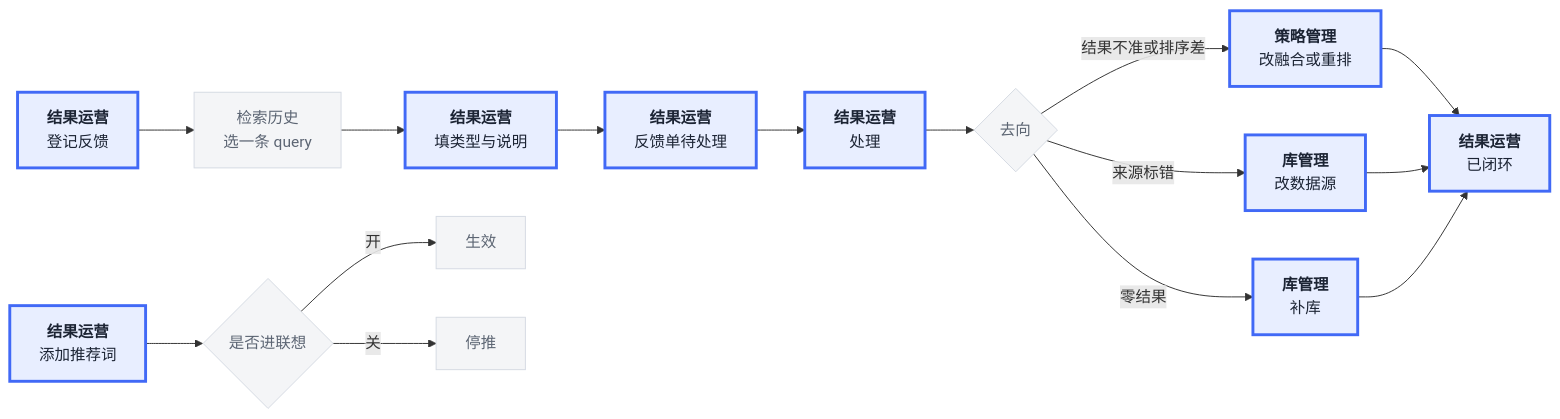
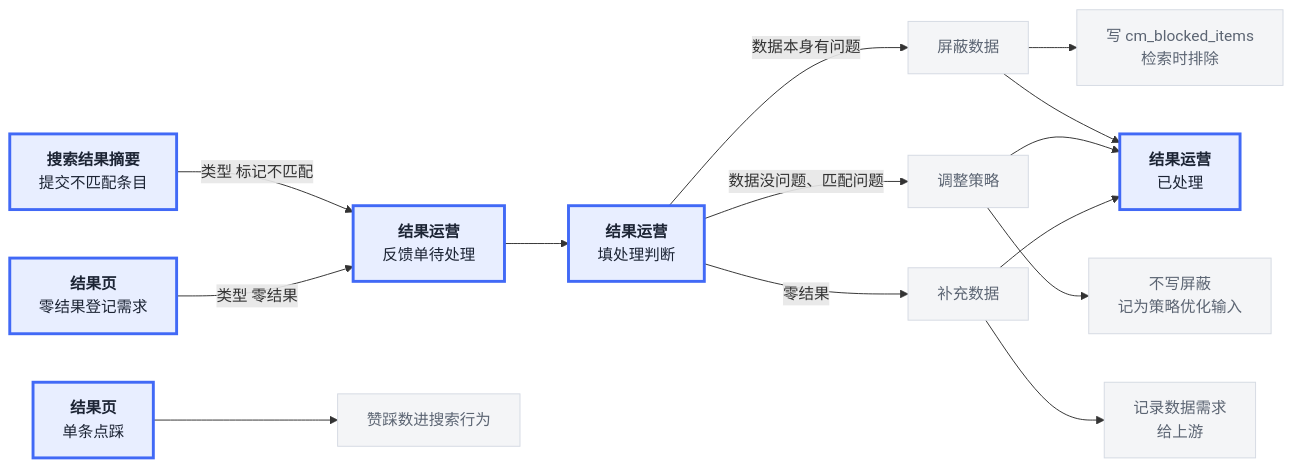
One commit to helichiyu/hyqx-cross-modal-retrieval changed the ninth of 12 diagrams in docs/【数据流图】跨模态检索中心 · 系统数据流.md. Above: the diagram before and after it, drawn with Mermaid. The commit also changed other lines of this file and 10 other files, not shown here.

````diff
--- a/docs/【数据流图】跨模态检索中心 · 系统数据流.md
+++ b/docs/【数据流图】跨模态检索中心 · 系统数据流.md
@@ -332,22 +399,21 @@
 ```mermaid
 flowchart LR
-  A["<b>结果运营</b><br/>登记反馈"] --> B["检索历史<br/>选一条 query"]
-  B --> C["<b>结果运营</b><br/>填类型与说明"]
-  C --> D["<b>结果运营</b><br/>反馈单待处理"]
-  D --> E["<b>结果运营</b><br/>处理"]
-  E --> F{去向}
-  F -->|结果不准或排序差| G["<b>策略管理</b><br/>改融合或重排"]
-  F -->|来源标错| H["<b>库管理</b><br/>改数据源"]
-  F -->|零结果| I["<b>库管理</b><br/>补库"]
-  G --> J["<b>结果运营</b><br/>已闭环"]
-  H --> J
-  I --> J
-  K["<b>结果运营</b><br/>添加推荐词"] --> L{是否进联想}
-  L -->|开| M["生效"]
-  L -->|关| N["停推"]
+  A["<b>搜索结果摘要</b><br/>提交不匹配条目"] -->|类型 标记不匹配| C["<b>结果运营</b><br/>反馈单待处理"]
+  B["<b>结果页</b><br/>零结果登记需求"] -->|类型 零结果| C
+  C --> D["<b>结果运营</b><br/>填处理判断"]
+  D -->|数据本身有问题| E["屏蔽数据"]
+  D -->|数据没问题、匹配问题| F["调整策略"]
+  D -->|零结果| G["补充数据"]
+  E --> E1["写 cm_blocked_items<br/>检索时排除"]
+  F --> F1["不写屏蔽<br/>记为策略优化输入"]
+  G --> G1["记录数据需求<br/>给上游"]
+  E --> H["<b>结果运营</b><br/>已处理"]
+  F --> H
+  G --> H
+  I["<b>结果页</b><br/>单条点踩"] --> J["赞踩数进搜索行为"]
 
   classDef l2 fill:#e8eeff,stroke:#4169f6,color:#1c2434,stroke-width:3px
   classDef step fill:#f4f5f7,stroke:#d5dae3,color:#5c6573,stroke-width:1px
-  class A,C,D,E,G,H,I,J,K l2
-  class B,F,L,M,N step
+  class A,B,C,D,H,I l2
+  class E,F,G,E1,F1,G1,J step
 ```
````
